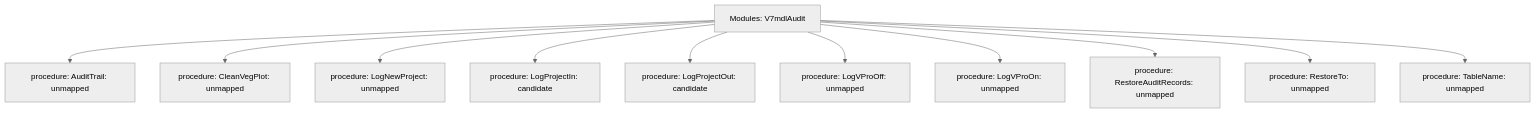
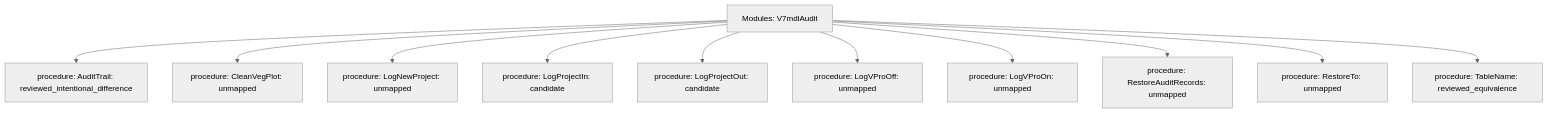
Before and after one commit to Boostao/vpro: the diagram in data-raw/parity/generated/trees/modules-v7mdlaudit.mmd, drawn with Mermaid (neutral theme). The commit also changed 108 other files, not shown here.

```diff
--- a/data-raw/parity/generated/trees/modules-v7mdlaudit.mmd
+++ b/data-raw/parity/generated/trees/modules-v7mdlaudit.mmd
@@ -1,12 +1,12 @@
 flowchart TD
   root[Modules: V7mdlAudit]
-  root --> n1[procedure: AuditTrail: unmapped]
+  root --> n1[procedure: AuditTrail: reviewed_intentional_difference]
   root --> n2[procedure: CleanVegPlot: unmapped]
   root --> n3[procedure: LogNewProject: unmapped]
   root --> n4[procedure: LogProjectIn: candidate]
   root --> n5[procedure: LogProjectOut: candidate]
   root --> n6[procedure: LogVProOff: unmapped]
   root --> n7[procedure: LogVProOn: unmapped]
   root --> n8[procedure: RestoreAuditRecords: unmapped]
   root --> n9[procedure: RestoreTo: unmapped]
-  root --> n10[procedure: TableName: unmapped]
+  root --> n10[procedure: TableName: reviewed_equivalence]
```
